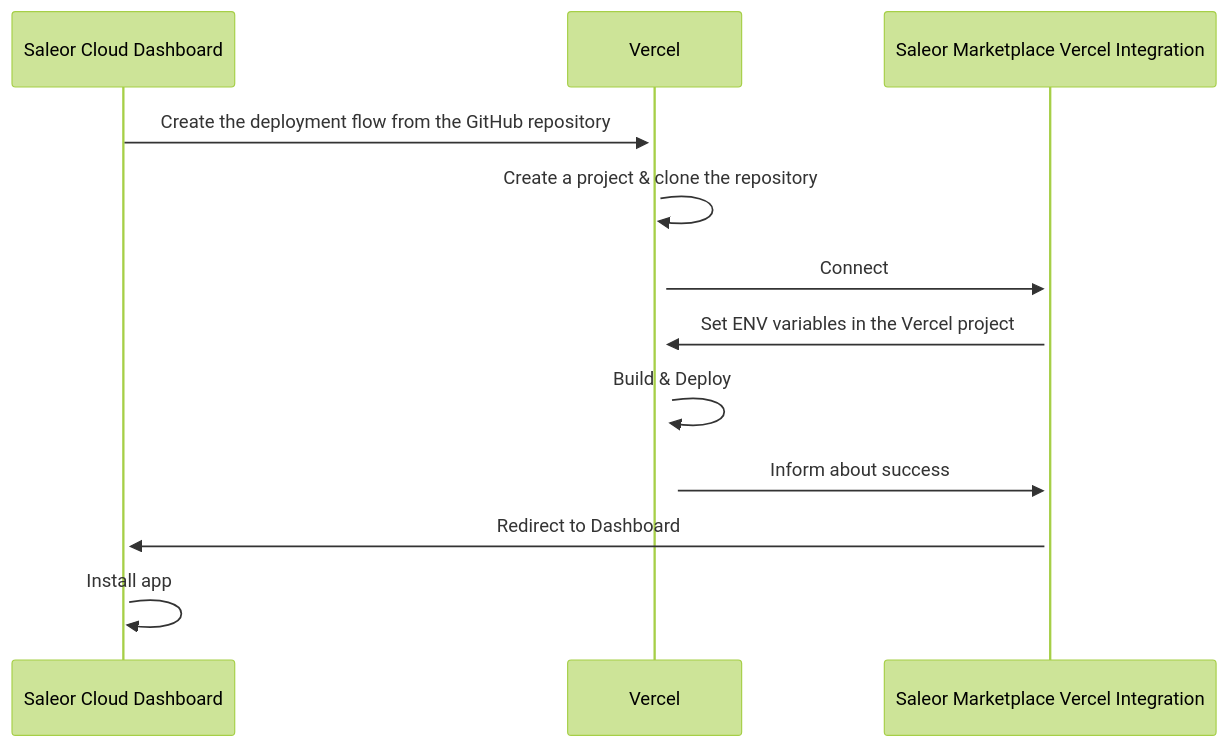
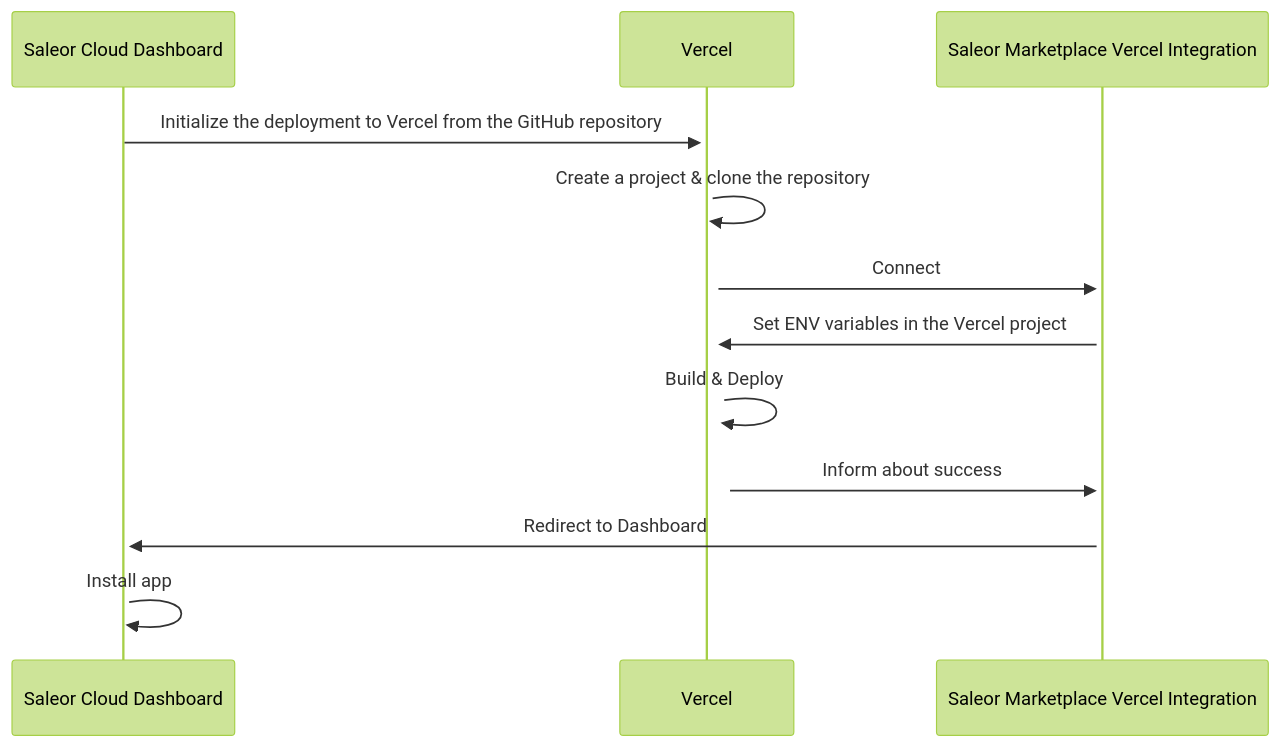
The diagram in docs/dashboard/app-templates-gallery.md (saleor/saleor-docs), drawn with Mermaid (forest theme) before and after one commit.

Commit message:
docs: :recycle: rewrite the initialize deployment bit

````diff
--- a/docs/dashboard/app-templates-gallery.md
+++ b/docs/dashboard/app-templates-gallery.md
@@ -48,11 +48,11 @@
 ```mermaid
 sequenceDiagram
-    Saleor Cloud Dashboard->>+Vercel: Create the deployment flow from the GitHub repository
+    Saleor Cloud Dashboard->>+Vercel: Initialize the deployment to Vercel from the GitHub repository
     Vercel->>+Vercel: Create a project & clone the repository
     Vercel->>+Saleor Marketplace Vercel Integration: Connect
     Saleor Marketplace Vercel Integration->>+Vercel: Set ENV variables in the Vercel project
     Vercel->>+Vercel: Build & Deploy
     Vercel->>+Saleor Marketplace Vercel Integration: Inform about success
     Saleor Marketplace Vercel Integration->>+Saleor Cloud Dashboard: Redirect to Dashboard
     Saleor Cloud Dashboard->>+Saleor Cloud Dashboard: Install app
 ```
````
